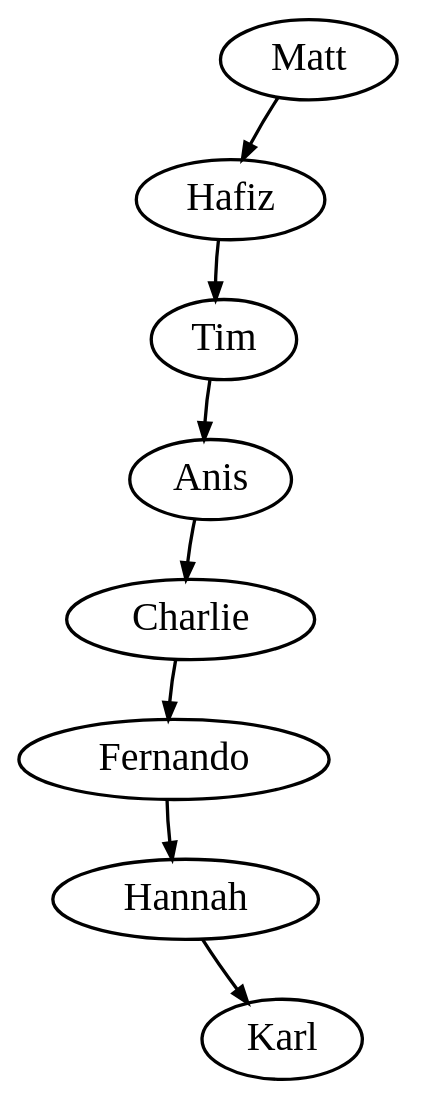
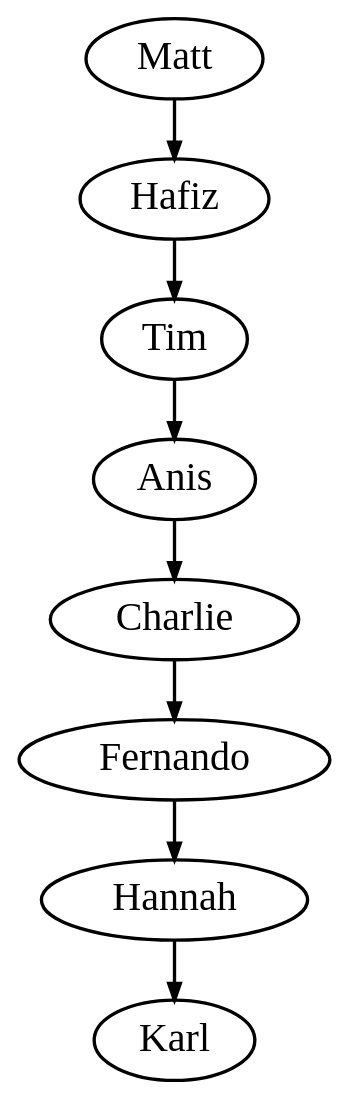
The diagram in diagram/presentation/broken_ring.dot (create-ensemble/feedback), drawn with Graphviz before and after one commit. The commit also changed 11 other files, not shown here.

Commit message:
presentation diagrams

```diff
--- a/diagram/presentation/broken_ring.dot
+++ b/diagram/presentation/broken_ring.dot
@@ -1,6 +1,13 @@
-digraph forward_ring {
+digraph broken_ring {
   edge [penwidth=2] node [penwidth=2, fontsize=24]
+  Matt     [pos="527.681,-98.5215"]
+  Hafiz    [pos="327.075,-15.4274"]
+  Karl     [pos="610.776,-299.128"]
+  Tim      [pos="126.468,-98.5215"]
+  Anis     [pos="43.3738,-299.128"]
+  Charlie  [pos="126.468,-499.735"]
+  Fernando [pos="327.075,-582.829"]
+  Hannah   [pos="527.681,-499.735"]
+
   Matt -> Hafiz -> Tim -> Anis -> Charlie -> Fernando -> Hannah -> Karl
-  Karl -> Matt [style=invis]
-  Matt -> Karl -> Hannah -> Fernando -> Charlie -> Anis -> Tim -> Hafiz -> Matt [style=invis]
 }
```
